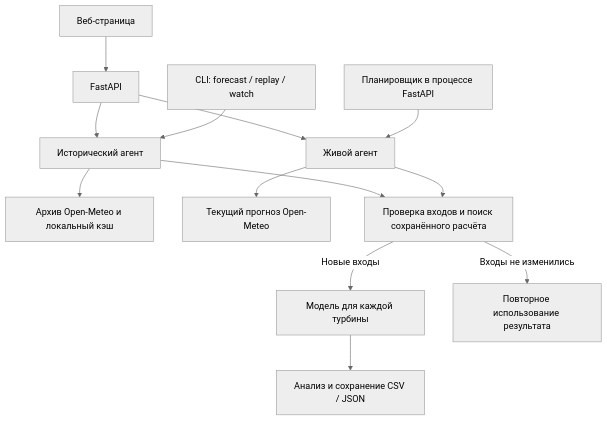
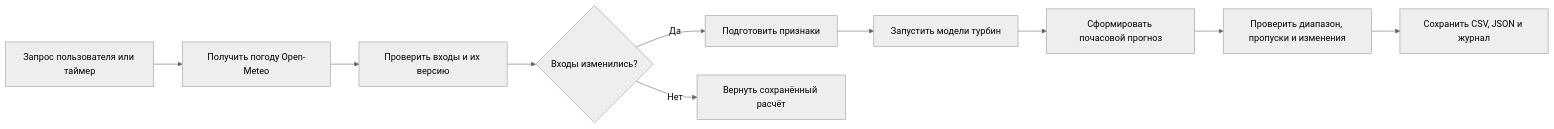
One commit to BAITC-Hacks/hack-16b87636-entropy changed the diagram in README.md. Above: the diagram before and after it, drawn with Mermaid (neutral theme). The commit also changed other lines of this file and 1 other file, not shown here.

````diff
--- a/README.md
+++ b/README.md
@@ -86,15 +92,12 @@
 ```mermaid
-flowchart TD
-    UI[Веб-страница] --> API[FastAPI]
-    API --> HIST[Исторический агент]
-    API --> LIVE[Живой агент]
-    TIMER[Планировщик в процессе FastAPI] --> LIVE
-    CLI[CLI: forecast / replay / watch] --> HIST
-    HIST --> ARCHIVE[Архив Open-Meteo и локальный кэш]
-    LIVE --> CURRENT[Текущий прогноз Open-Meteo]
-    HIST --> CHECK[Проверка входов и поиск сохранённого расчёта]
-    LIVE --> CHECK
-    CHECK -->|Новые входы| MODEL[Модель для каждой турбины]
-    MODEL --> SAVE[Анализ и сохранение CSV / JSON]
-    CHECK -->|Входы не изменились| REUSE[Повторное использование результата]
+flowchart LR
+    A[Запрос пользователя или таймер] --> B[Получить погоду Open-Meteo]
+    B --> C[Проверить входы и их версию]
+    C --> D{Входы изменились?}
+    D -->|Да| E[Подготовить признаки]
+    E --> F[Запустить модели турбин]
+    F --> G[Сформировать почасовой прогноз]
+    G --> H[Проверить диапазон, пропуски и изменения]
+    H --> I[Сохранить CSV, JSON и журнал]
+    D -->|Нет| J[Вернуть сохранённый расчёт]
 ```
````
